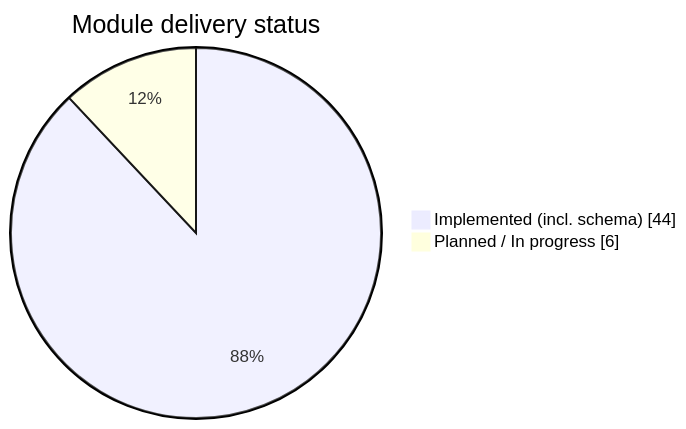
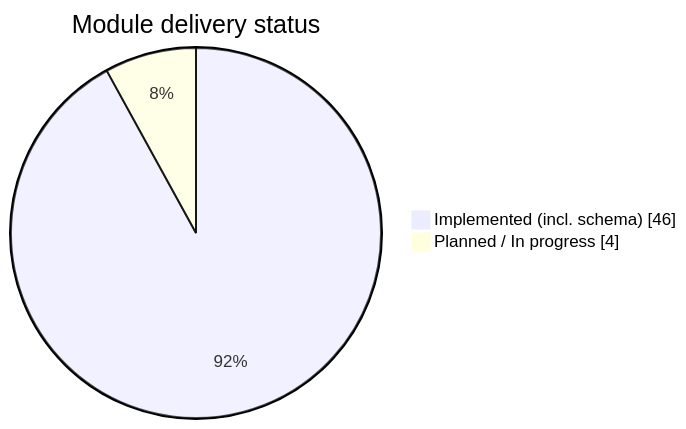
Before and after one commit to RITH-1437/educore: the first of 2 diagrams in docs/6_Module-Status-and-Roadmap.md, drawn with Mermaid. The commit also changed other lines of this file and 43 other files, not shown here.

````diff
--- a/docs/6_Module-Status-and-Roadmap.md
+++ b/docs/6_Module-Status-and-Roadmap.md
@@ -47,6 +47,6 @@
 ```mermaid
 pie showData
   title Module delivery status
-  "Implemented (incl. schema)" : 44
-  "Planned / In progress" : 6
+  "Implemented (incl. schema)" : 46
+  "Planned / In progress" : 4
 ```
````
